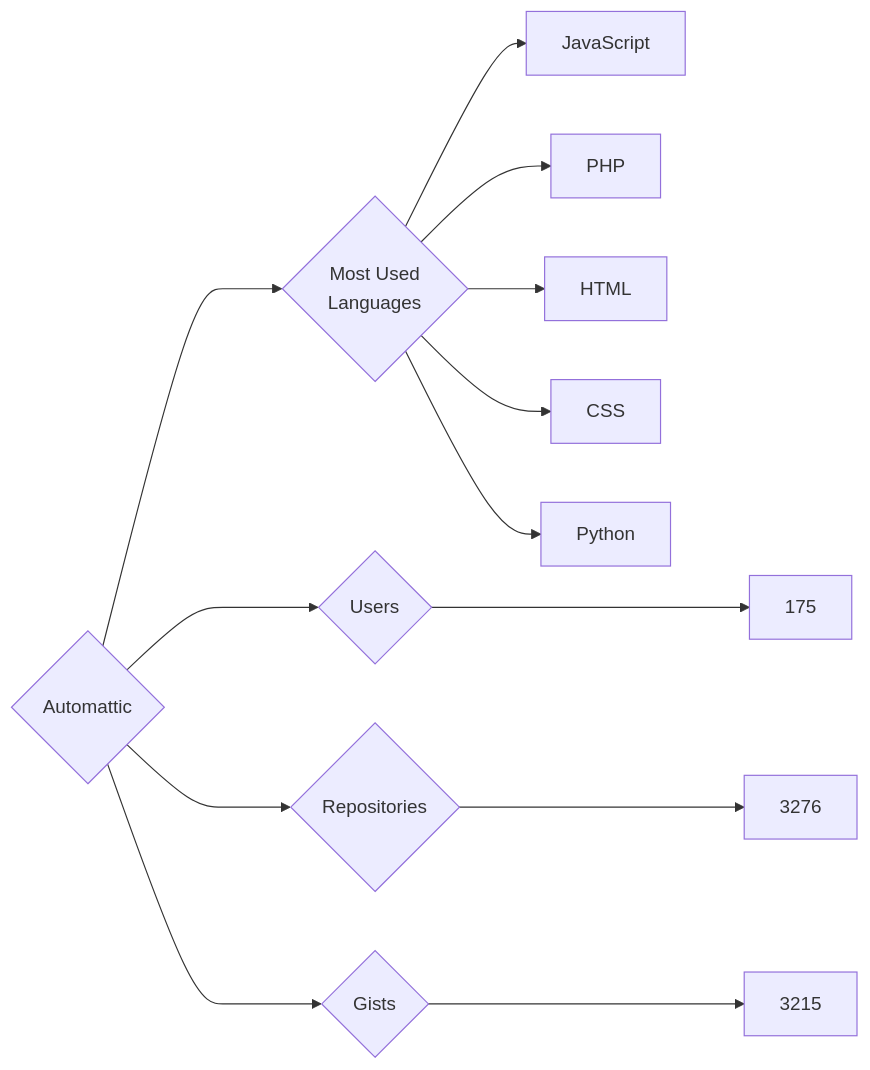
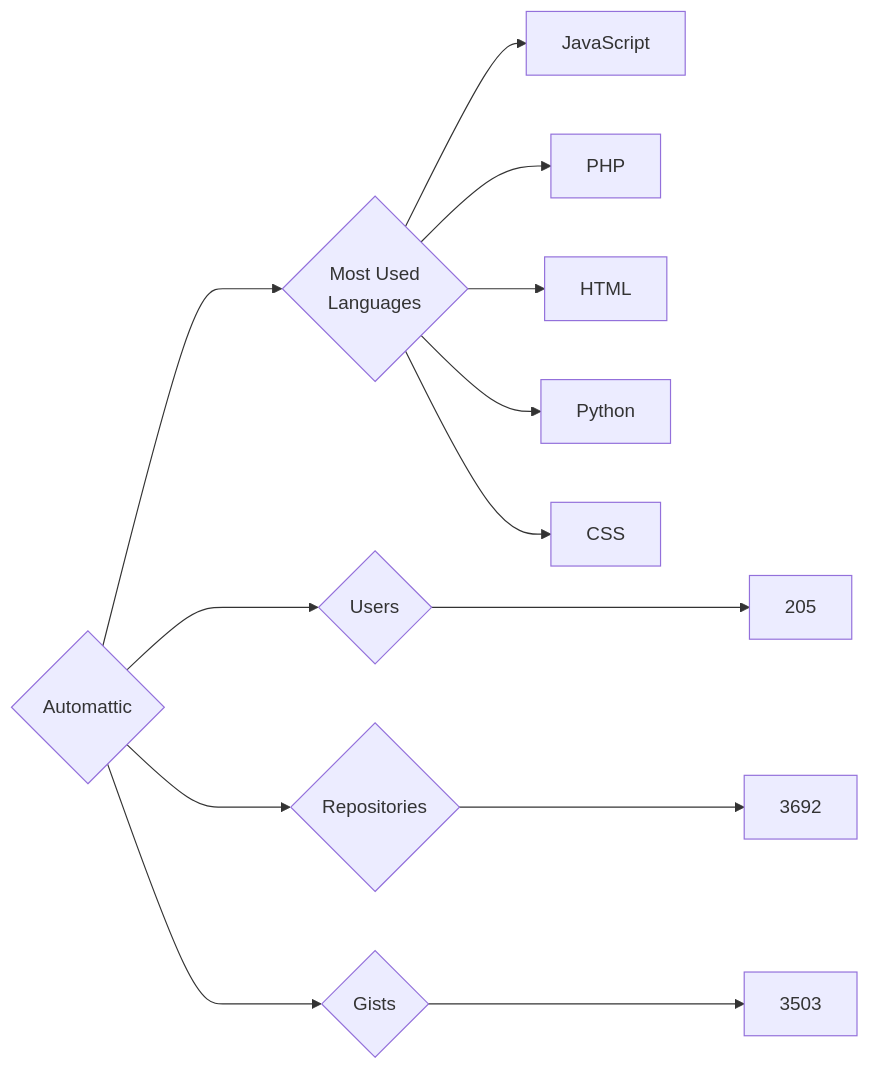
Before and after one commit to trickest/insiders: the diagram in targets/Automattic/README.md, drawn with Mermaid. The commit also changed 636 other files, not shown here.

````diff
--- a/targets/Automattic/README.md
+++ b/targets/Automattic/README.md
@@ -3,13 +3,13 @@
 ```mermaid
 graph LR
 COMPANY_NAME{Automattic}
-COMPANY_NAME ---> U{Users} ---> UN[175]
-COMPANY_NAME ---> R{Repositories} ---> RN[3276]
-COMPANY_NAME ---> G{Gists} ---> GN[3215]
+COMPANY_NAME ---> U{Users} ---> UN[205]
+COMPANY_NAME ---> R{Repositories} ---> RN[3692]
+COMPANY_NAME ---> G{Gists} ---> GN[3503]
 COMPANY_NAME ---> ML{Most Used<br>Languages}
 ML --> JavaScript[JavaScript]
 ML --> PHP[PHP]
 ML --> HTML[HTML]
+ML --> Python[Python]
 ML --> CSS[CSS]
-ML --> Python[Python]
 ```
````
